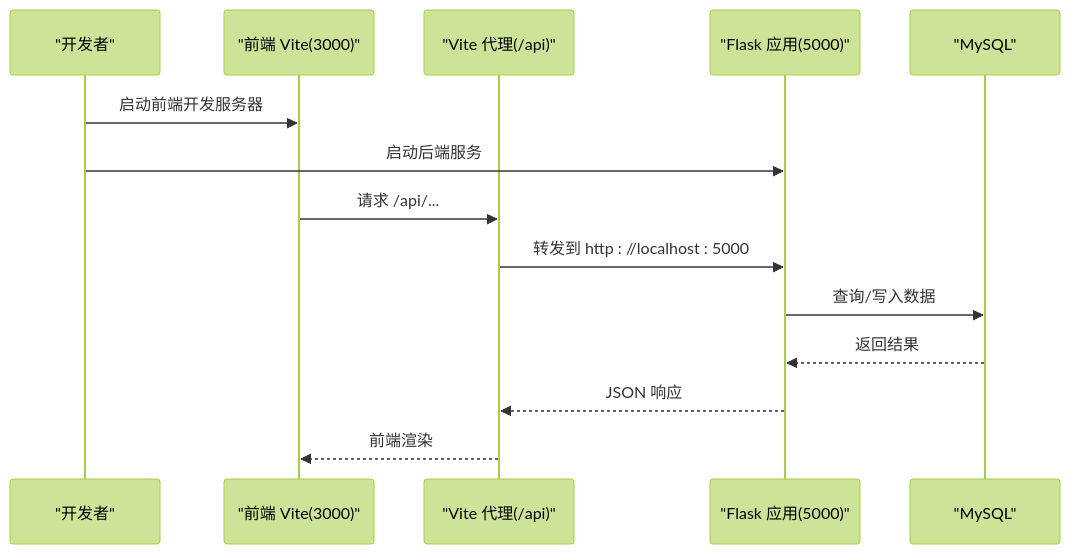
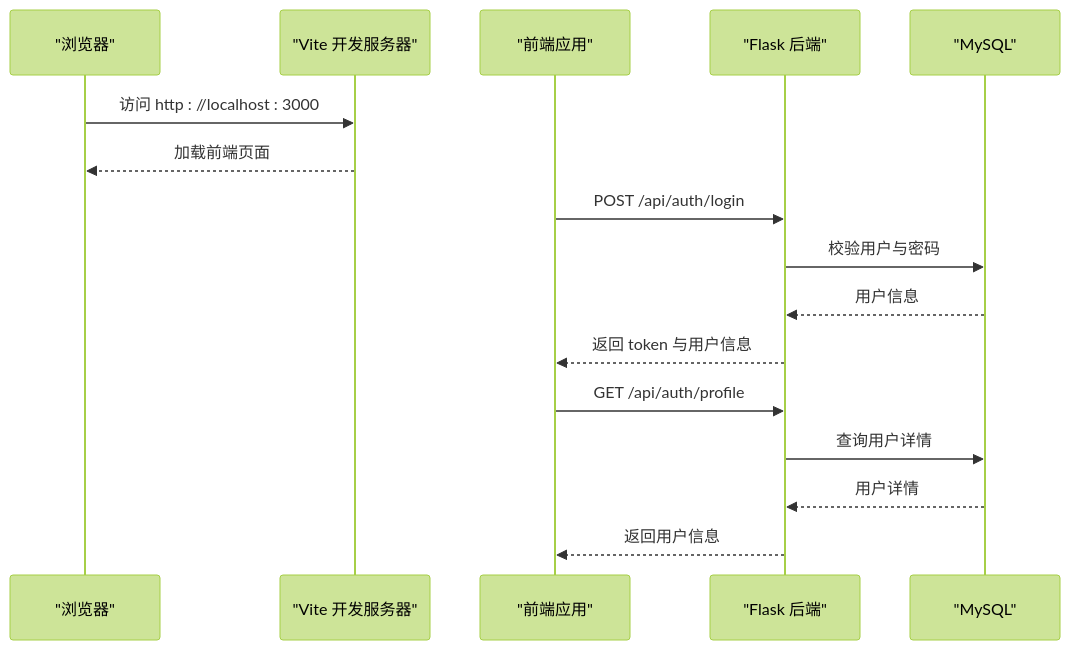
One commit to ismine3/OPS changed the second of 3 diagrams in .qoder/repowiki/zh/content/快速开始.md. Above: the diagram before and after it, drawn with Mermaid (forest theme). The commit also changed other lines of this file and 109 other files, not shown here.

````diff
--- a/.qoder/repowiki/zh/content/快速开始.md
+++ b/.qoder/repowiki/zh/content/快速开始.md
@@ -90,16 +132,18 @@
 ```mermaid
 sequenceDiagram
-participant Dev as "开发者"
-participant Front as "前端 Vite(3000)"
-participant Proxy as "Vite 代理(/api)"
-participant Flask as "Flask 应用(5000)"
+participant Browser as "浏览器"
+participant Vite as "Vite 开发服务器"
+participant Front as "前端应用"
+participant API as "Flask 后端"
 participant DB as "MySQL"
-Dev->>Front : 启动前端开发服务器
-Dev->>Flask : 启动后端服务
-Front->>Proxy : 请求 /api/...
-Proxy->>Flask : 转发到 http : //localhost : 5000
-Flask->>DB : 查询/写入数据
-DB-->>Flask : 返回结果
-Flask-->>Proxy : JSON 响应
-Proxy-->>Front : 前端渲染
+Browser->>Vite : 访问 http : //localhost : 3000
+Vite-->>Browser : 加载前端页面
+Front->>API : POST /api/auth/login
+API->>DB : 校验用户与密码
+DB-->>API : 用户信息
+API-->>Front : 返回 token 与用户信息
+Front->>API : GET /api/auth/profile
+API->>DB : 查询用户详情
+DB-->>API : 用户详情
+API-->>Front : 返回用户信息
 ```
````
